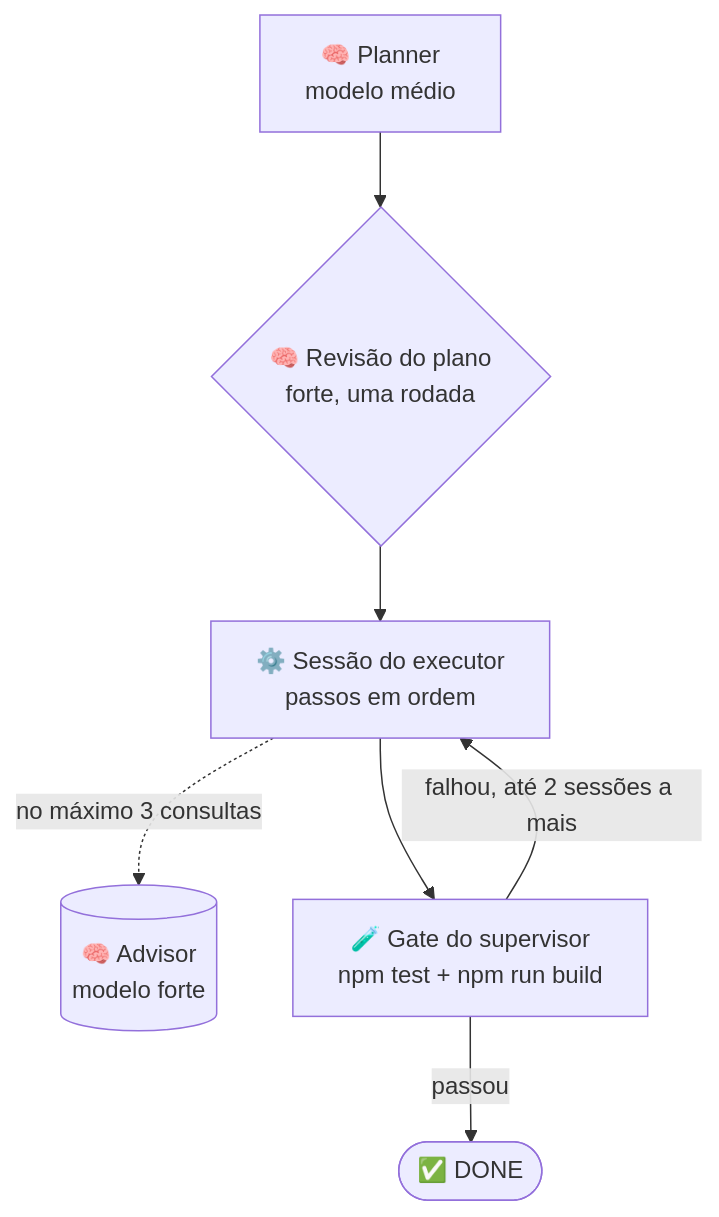
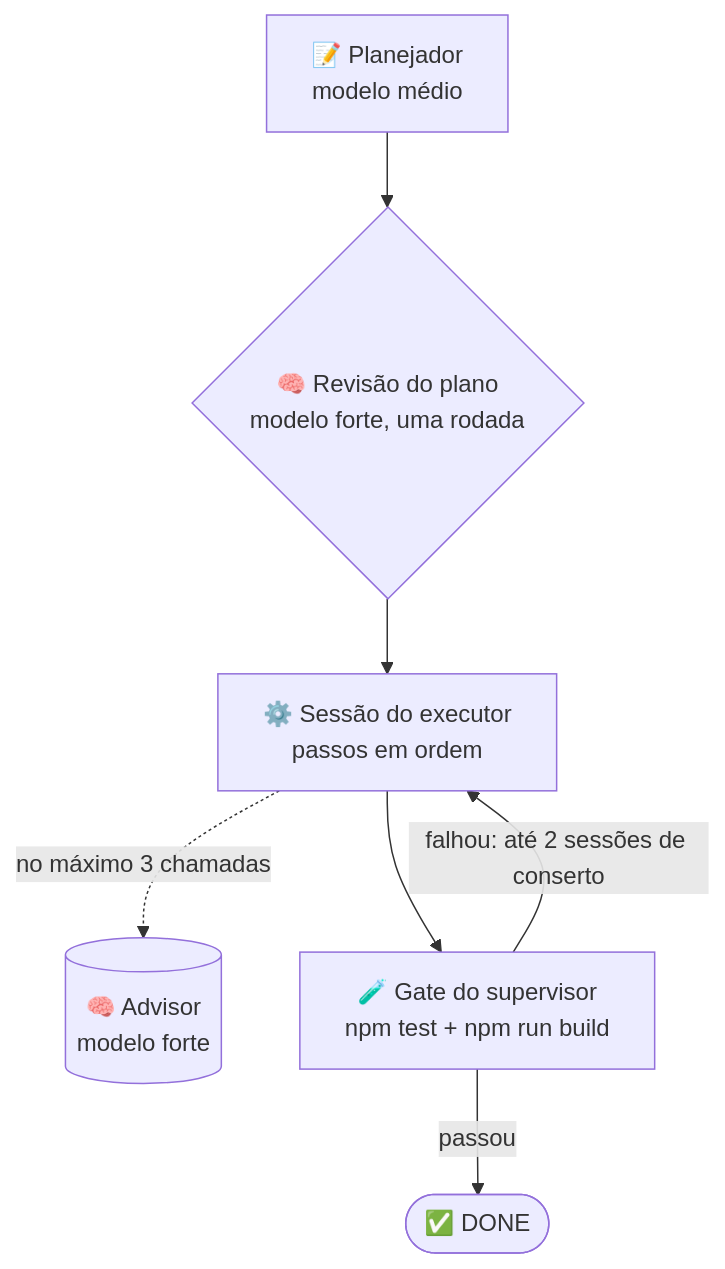
The diagram in README.pt-BR.md (Dougladmo/graph-eng), drawn with Mermaid before and after one commit. The commit also changed other lines of this file and 488 other files, not shown here.

First line of the commit message:
feat!: advisor como fluxo único do graph-eng (1.3.0)

````diff
--- a/README.pt-BR.md
+++ b/README.pt-BR.md
@@ -185,9 +93,9 @@
 ```mermaid
 flowchart TD
-  P[🧠 Planner<br/>modelo médio] --> R{🧠 Revisão do plano<br/>forte, uma rodada}
+  P[📝 Planejador<br/>modelo médio] --> R{🧠 Revisão do plano<br/>modelo forte, uma rodada}
   R --> E[⚙️ Sessão do executor<br/>passos em ordem]
-  E -. no máximo 3 consultas .-> A[(🧠 Advisor<br/>modelo forte)]
+  E -. no máximo 3 chamadas .-> A[(🧠 Advisor<br/>modelo forte)]
   E --> G[🧪 Gate do supervisor<br/>npm test + npm run build]
-  G -- falhou, até 2 sessões a mais --> E
+  G -- falhou: até 2 sessões de conserto --> E
   G -- passou --> D([✅ DONE])
 ```
````
